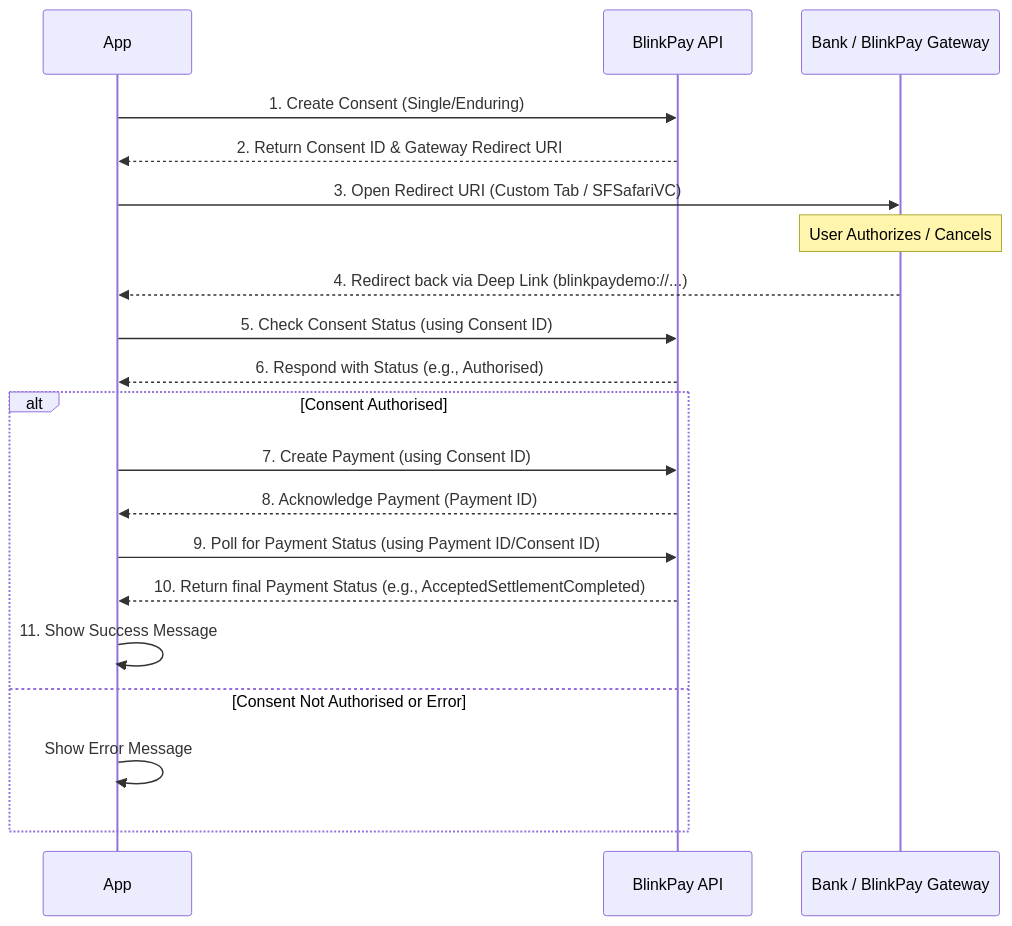
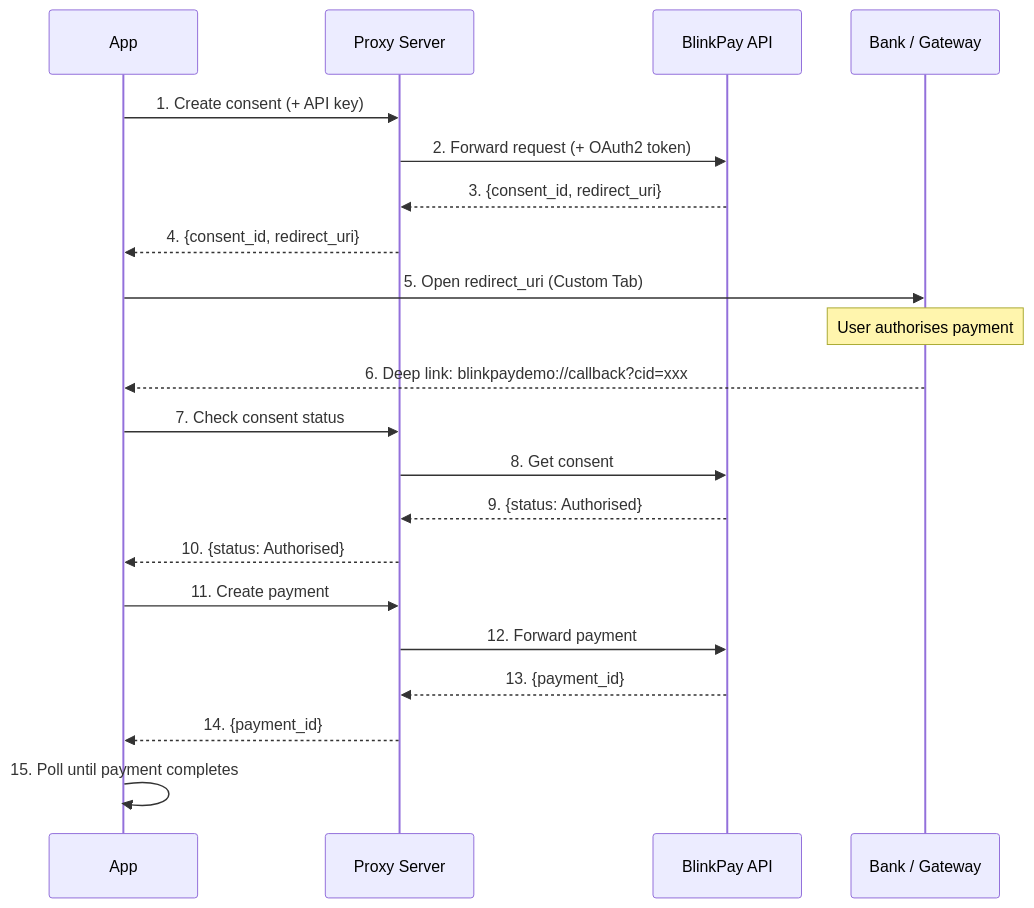
The diagram in README.md (BlinkPay/BlinkPay-Flutter-Demo), drawn with Mermaid before and after one commit. The commit also changed other lines of this file and 26 other files, not shown here.

````diff
--- a/README.md
+++ b/README.md
@@ -127,23 +87,24 @@
 ```mermaid
 sequenceDiagram
     participant App
-    participant BlinkPay API
-    participant Bank / BlinkPay Gateway
-    
-    App->>BlinkPay API: 1. Create Consent (Single/Enduring)
-    BlinkPay API-->>App: 2. Return Consent ID & Gateway Redirect URI
-    App->>Bank / BlinkPay Gateway: 3. Open Redirect URI (Custom Tab / SFSafariVC)
-    Note over Bank / BlinkPay Gateway: User Authorizes / Cancels
-    Bank / BlinkPay Gateway-->>App: 4. Redirect back via Deep Link (blinkpaydemo://...)
-    App->>BlinkPay API: 5. Check Consent Status (using Consent ID)
-    BlinkPay API-->>App: 6. Respond with Status (e.g., Authorised)
-    alt Consent Authorised
-        App->>BlinkPay API: 7. Create Payment (using Consent ID)
-        BlinkPay API-->>App: 8. Acknowledge Payment (Payment ID)
-        App->>BlinkPay API: 9. Poll for Payment Status (using Payment ID/Consent ID)
-        BlinkPay API-->>App: 10. Return final Payment Status (e.g., AcceptedSettlementCompleted)
-        App->>App: 11. Show Success Message
-    else Consent Not Authorised or Error
-        App->>App: Show Error Message
-    end
+    participant Proxy as Proxy Server
+    participant BP as BlinkPay API
+    participant Bank as Bank / Gateway
+
+    App->>Proxy: 1. Create consent (+ API key)
+    Proxy->>BP: 2. Forward request (+ OAuth2 token)
+    BP-->>Proxy: 3. {consent_id, redirect_uri}
+    Proxy-->>App: 4. {consent_id, redirect_uri}
+    App->>Bank: 5. Open redirect_uri (Custom Tab)
+    Note over Bank: User authorises payment
+    Bank-->>App: 6. Deep link: blinkpaydemo://callback?cid=xxx
+    App->>Proxy: 7. Check consent status
+    Proxy->>BP: 8. Get consent
+    BP-->>Proxy: 9. {status: Authorised}
+    Proxy-->>App: 10. {status: Authorised}
+    App->>Proxy: 11. Create payment
+    Proxy->>BP: 12. Forward payment
+    BP-->>Proxy: 13. {payment_id}
+    Proxy-->>App: 14. {payment_id}
+    App->>App: 15. Poll until payment completes
 ```
````
